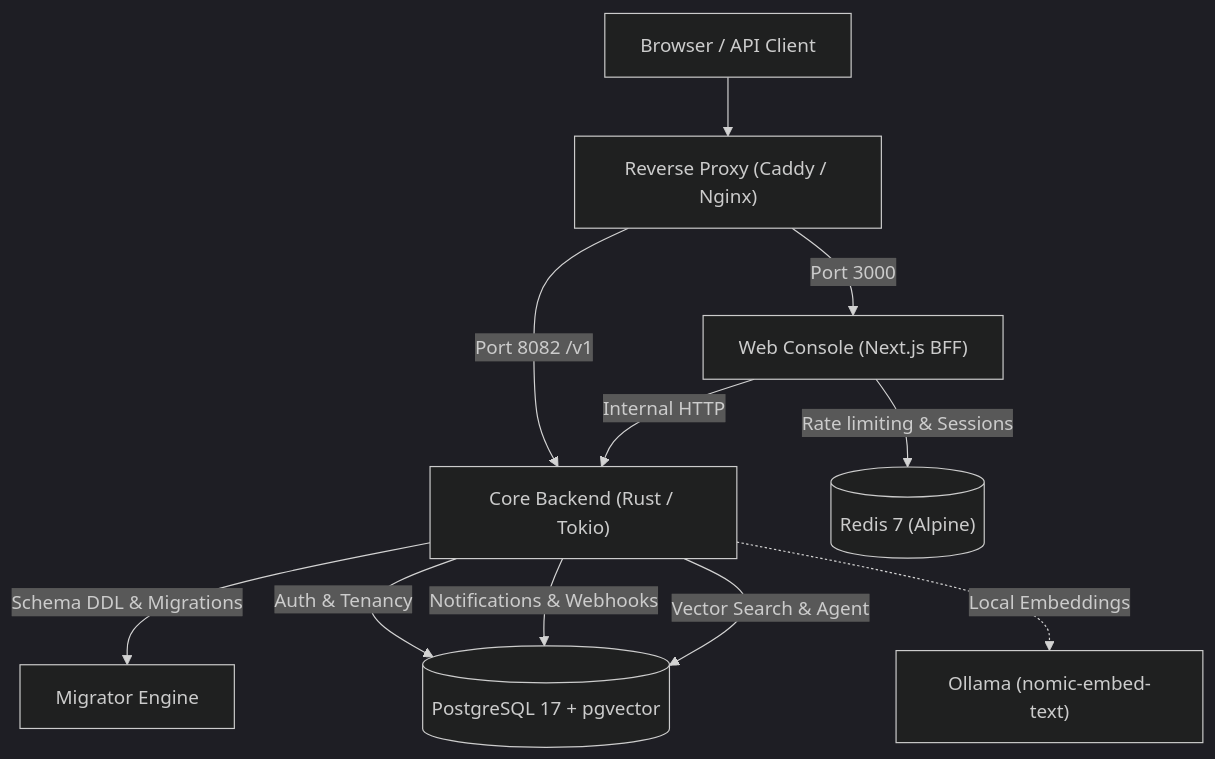
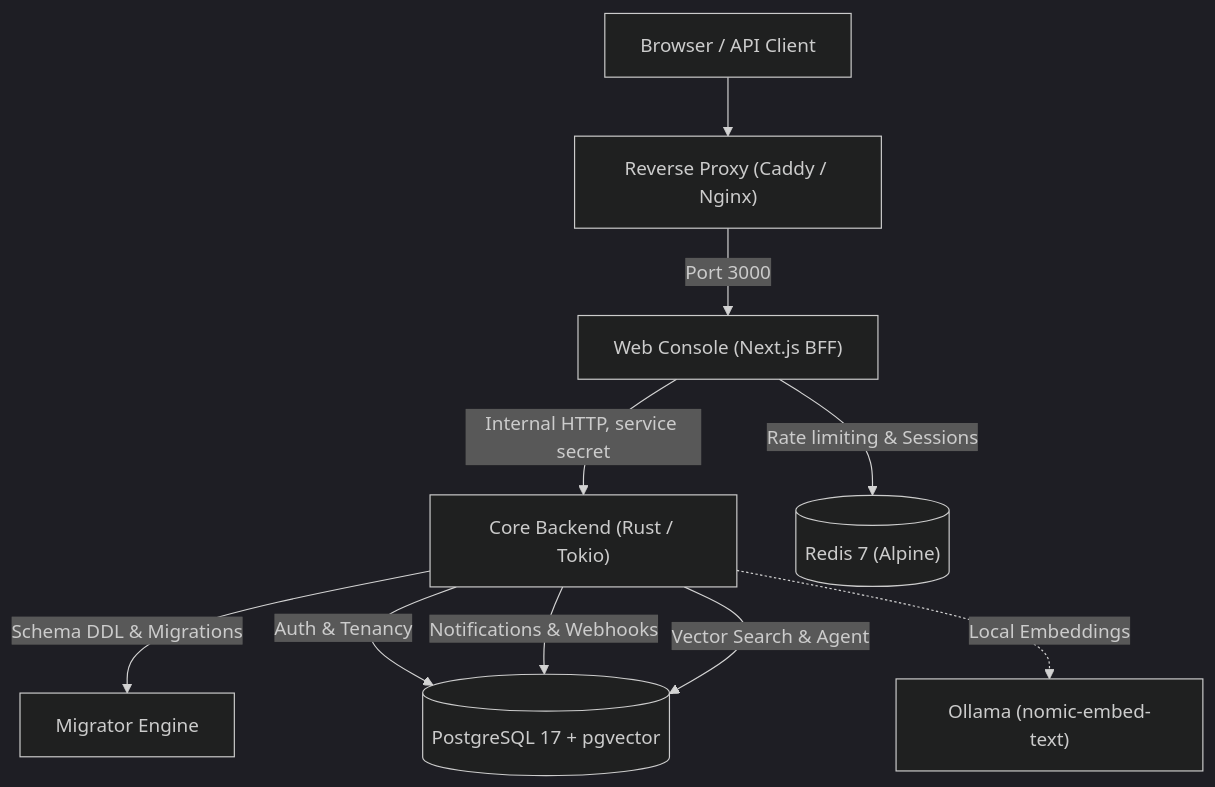
The diagram in src/content/docs/self-host/overview.mdx (telmoni/docs), drawn with Mermaid (dark theme) before and after one commit. The commit also changed other lines of this file and 2 other files, not shown here.

First line of the commit message:
docs: fix the proxy, Redis and edge-security statements

````diff
--- a/src/content/docs/self-host/overview.mdx
+++ b/src/content/docs/self-host/overview.mdx
@@ -14,16 +14,15 @@
 ```mermaid
 flowchart TD
     Client["Browser / API Client"] --> ReverseProxy["Reverse Proxy (Caddy / Nginx)"]
     ReverseProxy -->|Port 3000| Web["Web Console (Next.js BFF)"]
-    ReverseProxy -->|Port 8082 /v1| Server["Core Backend (Rust / Tokio)"]
 
-    Web -->|Internal HTTP| Server
+    Web -->|Internal HTTP, service secret| Server["Core Backend (Rust / Tokio)"]
     Web -->|Rate limiting & Sessions| Redis[("Redis 7 (Alpine)")]
 
     Server -->|Schema DDL & Migrations| Migrator["Migrator Engine"]
     Server -->|Auth & Tenancy| Postgres[("PostgreSQL 17 + pgvector")]
     Server -->|Notifications & Webhooks| Postgres
     Server -->|Vector Search & Agent| Postgres
 
     Server -.->|Local Embeddings| Ollama["Ollama (nomic-embed-text)"]
 ```
````
